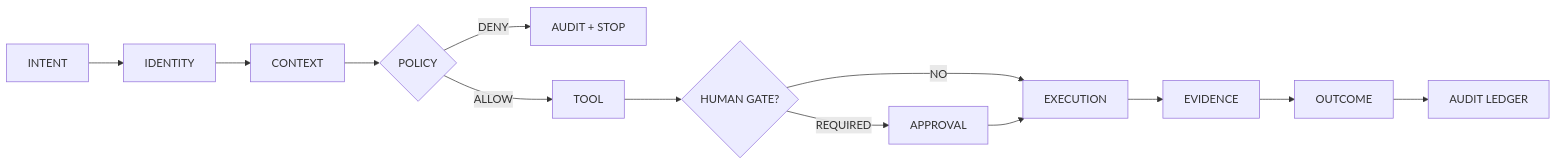
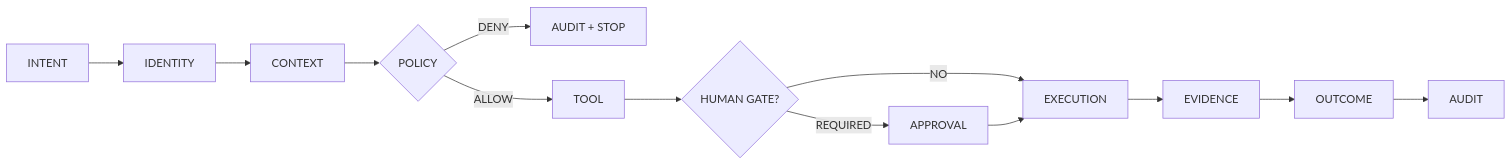
The diagram in safety-shield/README.md (sonoxo/gpt-doug-llm), drawn with Mermaid before and after one commit. The commit also changed other lines of this file, not shown here.

````diff
--- a/safety-shield/README.md
+++ b/safety-shield/README.md
@@ -45,15 +69,15 @@
 ```mermaid
 flowchart LR
     A[INTENT] --> B[IDENTITY]
     B --> C[CONTEXT]
     C --> D{POLICY}
     D -->|DENY| X[AUDIT + STOP]
     D -->|ALLOW| E[TOOL]
     E --> F{HUMAN GATE?}
     F -->|REQUIRED| G[APPROVAL]
     F -->|NO| H[EXECUTION]
     G --> H
     H --> I[EVIDENCE]
     I --> J[OUTCOME]
-    J --> K[AUDIT LEDGER]
+    J --> K[AUDIT]
 ```
````
